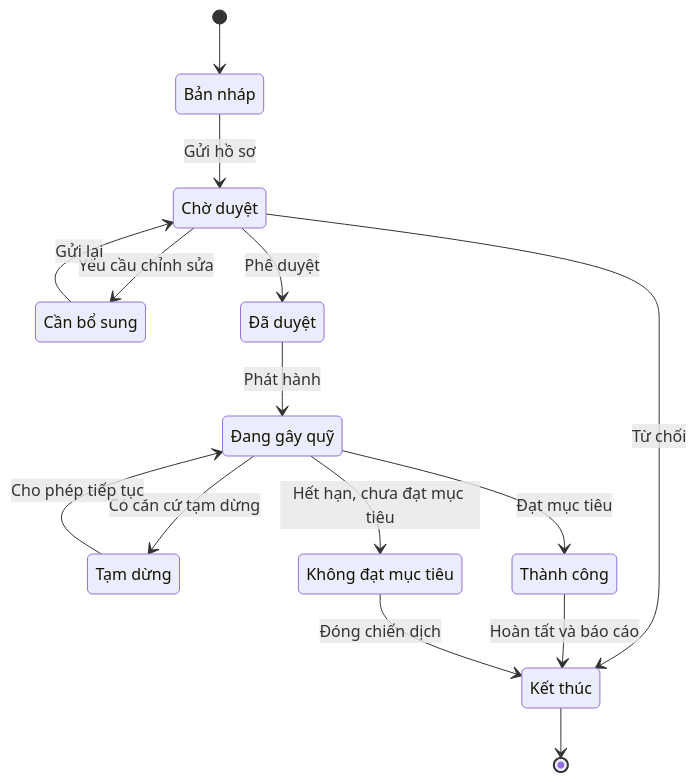
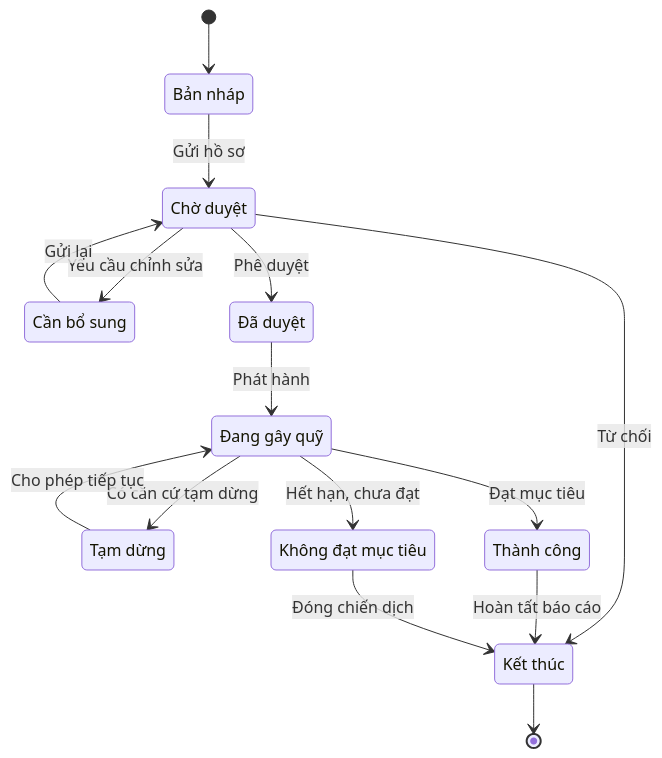
One commit to nhanhuutran007/DATN_2627_Website changed the first of 2 diagrams in README.md. Above: the diagram before and after it, drawn with Mermaid. The commit also changed other lines of this file, not shown here.

````diff
--- a/README.md
+++ b/README.md
@@ -150,26 +59,26 @@
 ```mermaid
 stateDiagram-v2
     [*] --> BanNhap
     BanNhap: Bản nháp
     BanNhap --> ChoDuyet: Gửi hồ sơ
     ChoDuyet: Chờ duyệt
     ChoDuyet --> CanBoSung: Yêu cầu chỉnh sửa
     CanBoSung: Cần bổ sung
     CanBoSung --> ChoDuyet: Gửi lại
     ChoDuyet --> DaDuyet: Phê duyệt
     ChoDuyet --> KetThuc: Từ chối
     DaDuyet: Đã duyệt
     DaDuyet --> DangGayQuy: Phát hành
     DangGayQuy: Đang gây quỹ
     DangGayQuy --> TamDung: Có căn cứ tạm dừng
     TamDung: Tạm dừng
     TamDung --> DangGayQuy: Cho phép tiếp tục
     DangGayQuy --> ThanhCong: Đạt mục tiêu
-    DangGayQuy --> KhongDat: Hết hạn, chưa đạt mục tiêu
+    DangGayQuy --> KhongDat: Hết hạn, chưa đạt
     ThanhCong: Thành công
     KhongDat: Không đạt mục tiêu
-    ThanhCong --> KetThuc: Hoàn tất và báo cáo
+    ThanhCong --> KetThuc: Hoàn tất báo cáo
     KhongDat --> KetThuc: Đóng chiến dịch
     KetThuc: Kết thúc
     KetThuc --> [*]
 ```
````
